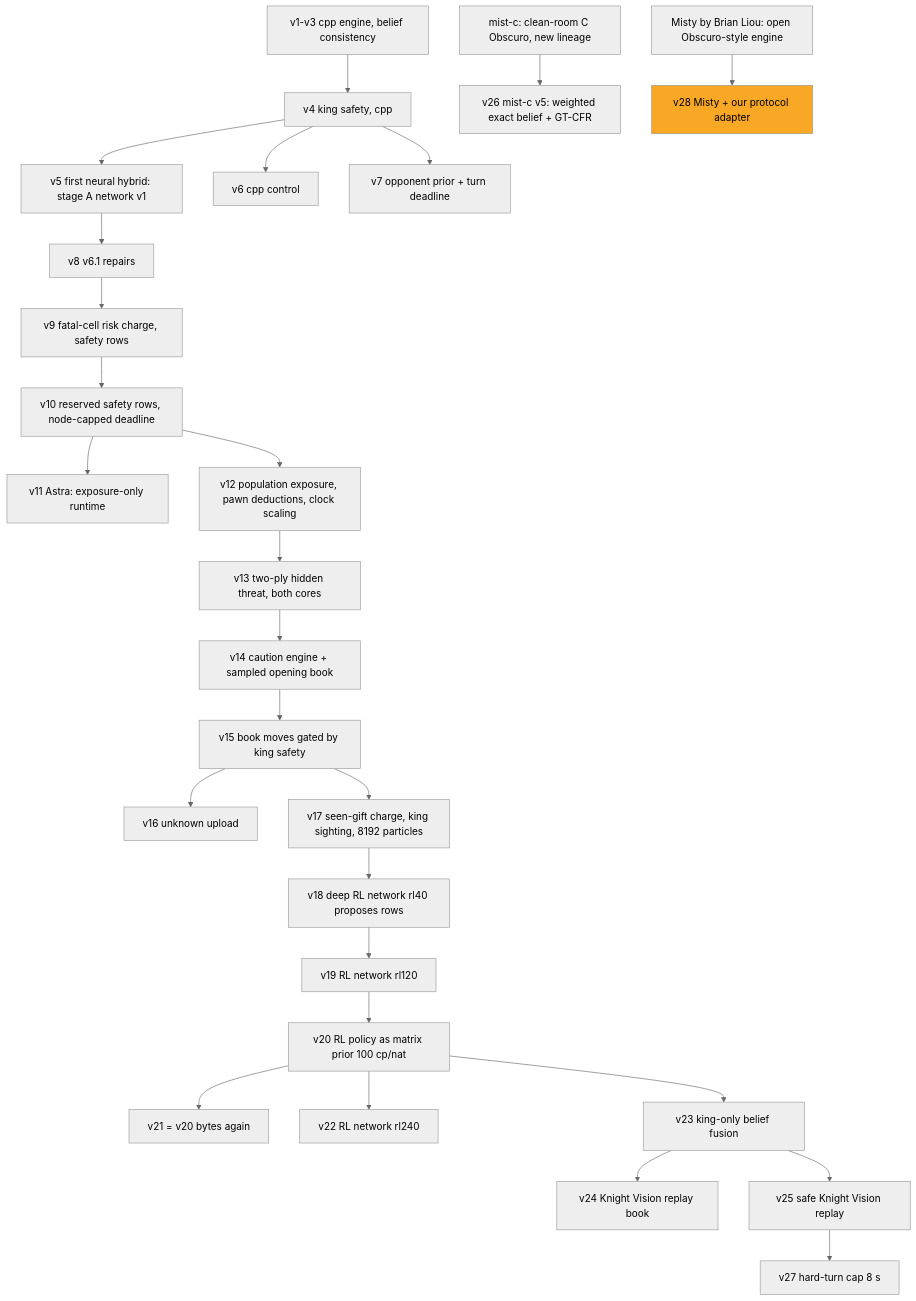
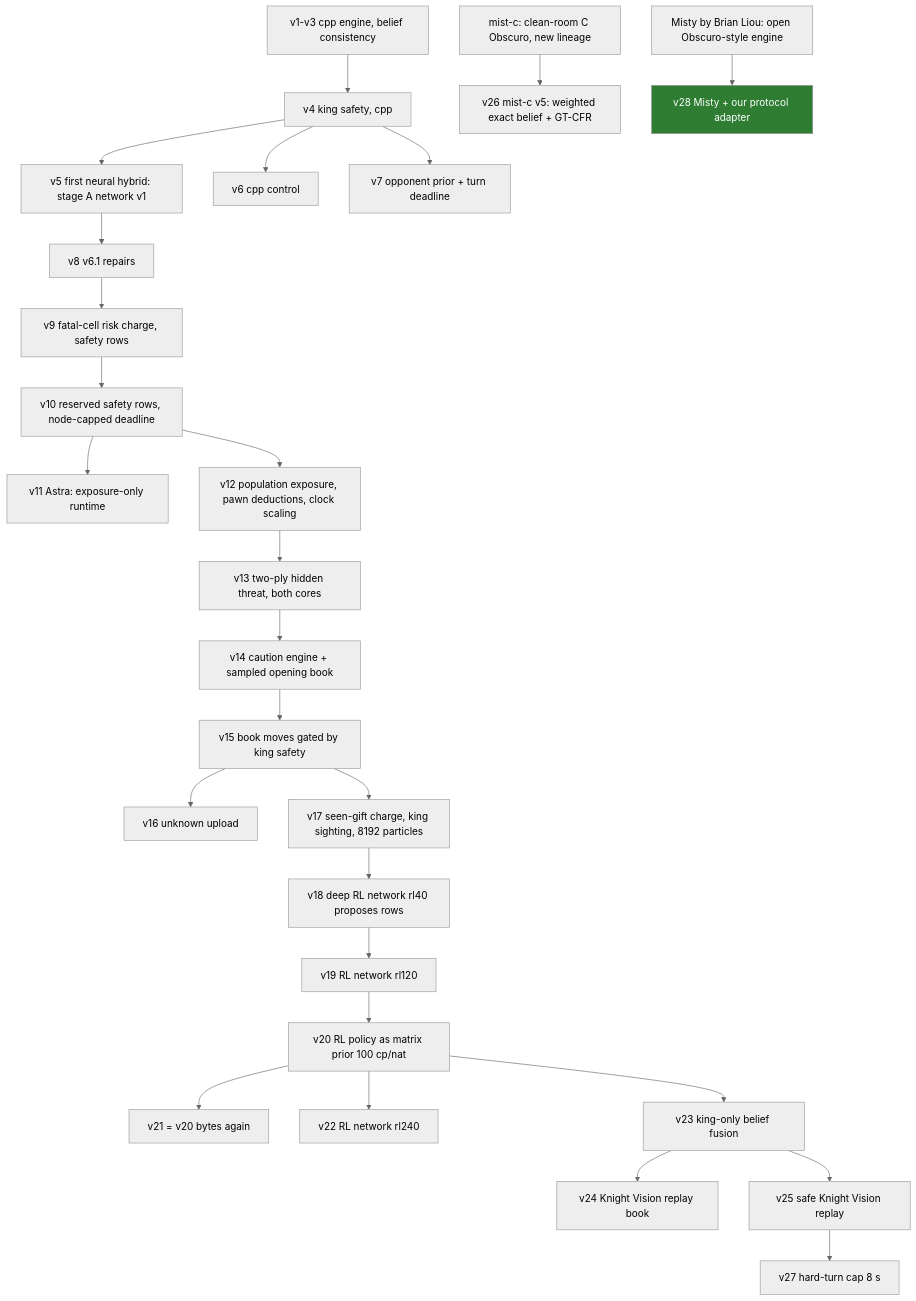
One commit to htansetiawan/iamavirus changed the diagram in MUTATIONS.md. Above: the diagram before and after it, drawn with Mermaid (neutral theme). The commit also changed other lines of this file and 1 other file, not shown here.

Commit message:
Arena v28 (Misty) passed validation and is active from 00:18 UTC

````diff
--- a/MUTATIONS.md
+++ b/MUTATIONS.md
@@ -20,29 +20,29 @@
 ```mermaid
 flowchart TD
   v1[v1-v3 cpp engine, belief consistency] --> v4[v4 king safety, cpp]
   v4 --> v5[v5 first neural hybrid: stage A network v1]
   v4 --> v6[v6 cpp control]
   v4 --> v7[v7 opponent prior + turn deadline]
   v5 --> v8[v8 v6.1 repairs] --> v9[v9 fatal-cell risk charge, safety rows] --> v10[v10 reserved safety rows, node-capped deadline]
   v10 --> v11[v11 Astra: exposure-only runtime]
   v10 --> v12[v12 population exposure, pawn deductions, clock scaling]
   v12 --> v13[v13 two-ply hidden threat, both cores]
   v13 --> v14[v14 caution engine + sampled opening book]
   v14 --> v15[v15 book moves gated by king safety]
   v15 --> v16[v16 unknown upload]
   v15 --> v17[v17 seen-gift charge, king sighting, 8192 particles]
   v17 --> v18[v18 deep RL network rl40 proposes rows]
   v18 --> v19[v19 RL network rl120]
   v19 --> v20[v20 RL policy as matrix prior 100 cp/nat]
   v20 --> v21[v21 = v20 bytes again]
   v20 --> v22[v22 RL network rl240]
   v20 --> v23[v23 king-only belief fusion]
   v23 --> v24[v24 Knight Vision replay book]
   v23 --> v25[v25 safe Knight Vision replay]
   mc[mist-c: clean-room C Obscuro, new lineage] --> v26[v26 mist-c v5: weighted exact belief + GT-CFR]
   v25 --> v27[v27 hard-turn cap 8 s]
   misty[Misty by Brian Liou: open Obscuro-style engine] --> v28[v28 Misty + our protocol adapter]
   classDef alive fill:#2e7d32,color:#fff;
   classDef cand fill:#f9a825,color:#000;
-  class v28 cand;
+  class v28 alive;
 ```
````
